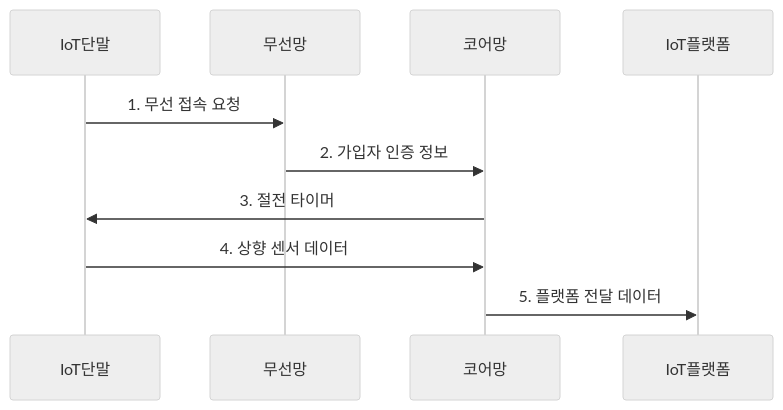
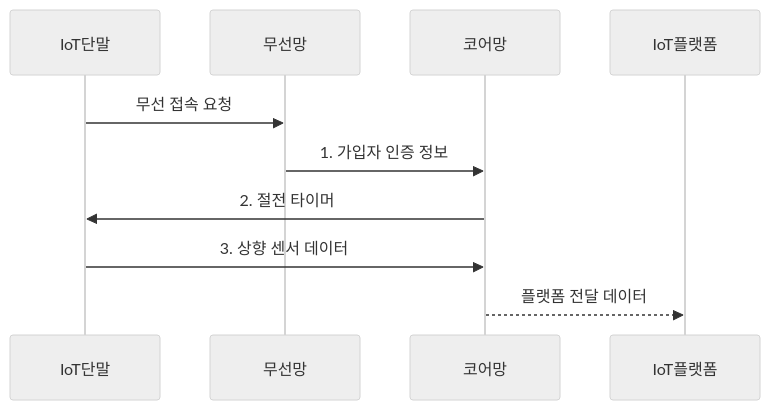
One commit to agnusdei1207/knowledge-base changed the second of 2 diagrams in src/content/docs/notes/04-network/055_nb_iot_lte_m.md. Above: the diagram before and after it, drawn with Mermaid (neutral theme). The commit also changed other lines of this file and 11 other files, not shown here.

````diff
--- a/src/content/docs/notes/04-network/055_nb_iot_lte_m.md
+++ b/src/content/docs/notes/04-network/055_nb_iot_lte_m.md
@@ -83,12 +83,12 @@
 ```mermaid
 sequenceDiagram
     participant IoT단말
     participant 무선망
     participant 코어망
     participant IoT플랫폼
-    IoT단말->>무선망: 1. 무선 접속 요청
-    무선망->>코어망: 2. 가입자 인증 정보
-    코어망->>IoT단말: 3. 절전 타이머
-    IoT단말->>코어망: 4. 상향 센서 데이터
-    코어망->>IoT플랫폼: 5. 플랫폼 전달 데이터
+    IoT단말->>무선망: 무선 접속 요청
+    무선망->>코어망: 1. 가입자 인증 정보
+    코어망->>IoT단말: 2. 절전 타이머
+    IoT단말->>코어망: 3. 상향 센서 데이터
+    코어망-->>IoT플랫폼: 플랫폼 전달 데이터
 ```
````
